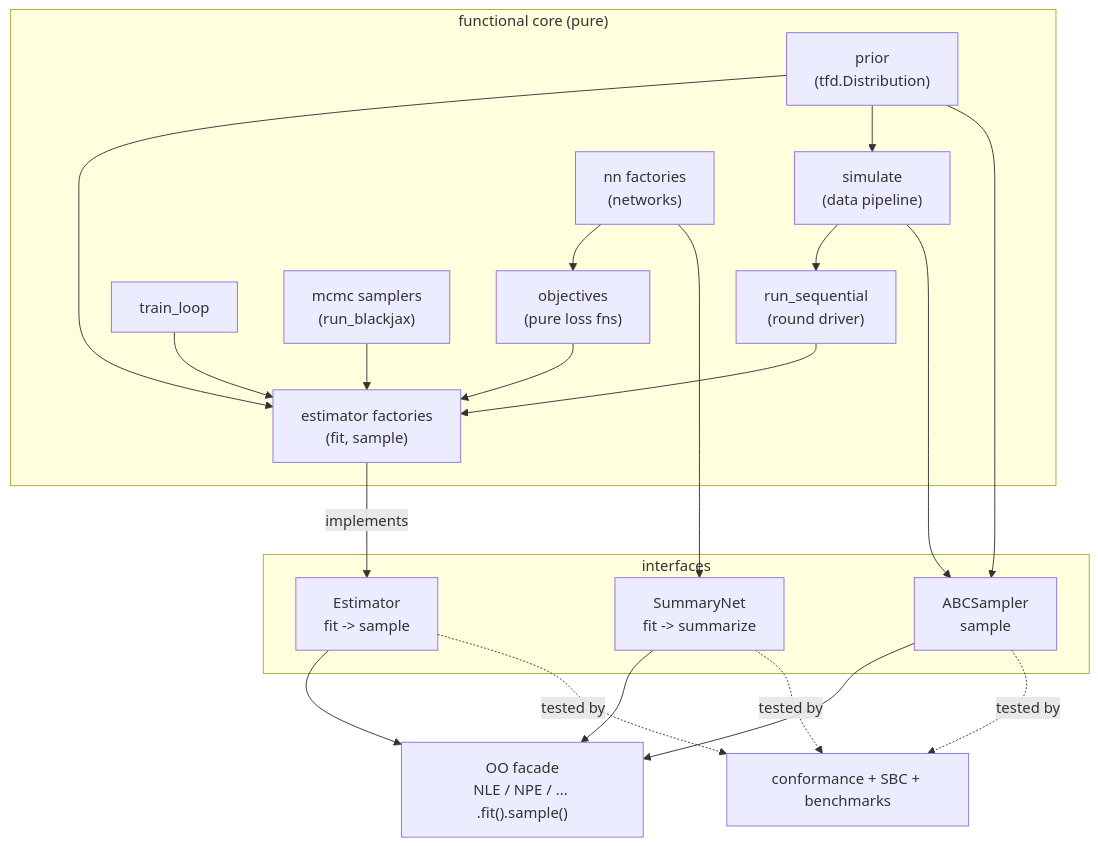
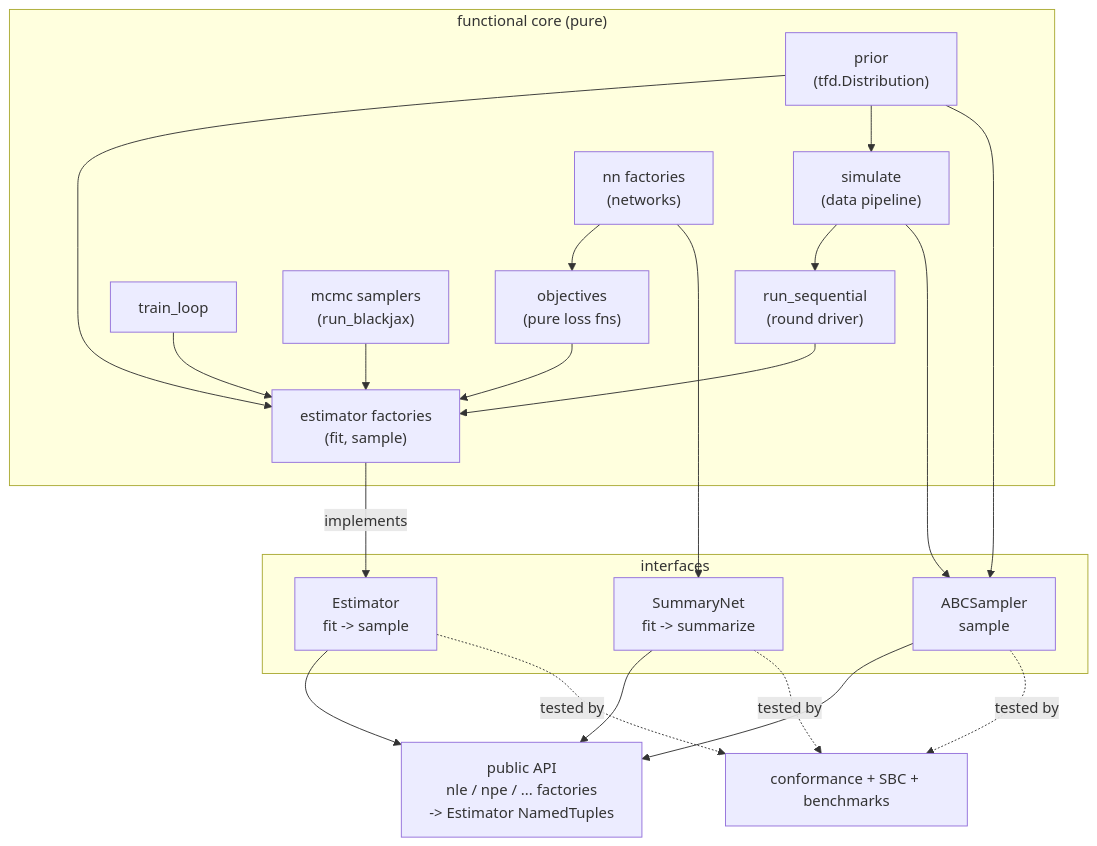
One commit to dirmeier/sbijax changed the first of 5 diagrams in docs/architecture/architecture.md. Above: the diagram before and after it, drawn with Mermaid. The commit also changed other lines of this file and 5 other files, not shown here.

Commit message:
refactor: drop OO facade for fully functional haiku/blackjax-style API

````diff
--- a/docs/architecture/architecture.md
+++ b/docs/architecture/architecture.md
@@ -53,42 +59,42 @@
 ```mermaid
 flowchart TB
   subgraph core["functional core (pure)"]
     prior["prior\n(tfd.Distribution)"]
     simulate["simulate\n(data pipeline)"]
     nn["nn factories\n(networks)"]
     objective["objectives\n(pure loss fns)"]
     train["train_loop"]
     mcmc["mcmc samplers\n(run_blackjax)"]
     estimator["estimator factories\n(fit, sample)"]
     sequential["run_sequential\n(round driver)"]
   end
 
   subgraph interfaces["interfaces"]
     E["Estimator\nfit -> sample"]
     A["ABCSampler\nsample"]
     S["SummaryNet\nfit -> summarize"]
   end
 
-  facade["OO facade\nNLE / NPE / ... .fit().sample()"]
+  public["public API\nnle / npe / ... factories\n-> Estimator NamedTuples"]
   harness["conformance + SBC + benchmarks"]
 
   prior --> estimator
   nn --> objective
   objective --> estimator
   train --> estimator
   mcmc --> estimator
   estimator -->|implements| E
   prior --> simulate
   simulate --> sequential
   sequential --> estimator
   prior --> A
   simulate --> A
   nn --> S
 
-  E --> facade
-  A --> facade
-  S --> facade
+  E --> public
+  A --> public
+  S --> public
   E -.tested by.-> harness
   A -.tested by.-> harness
   S -.tested by.-> harness
 ```
````
